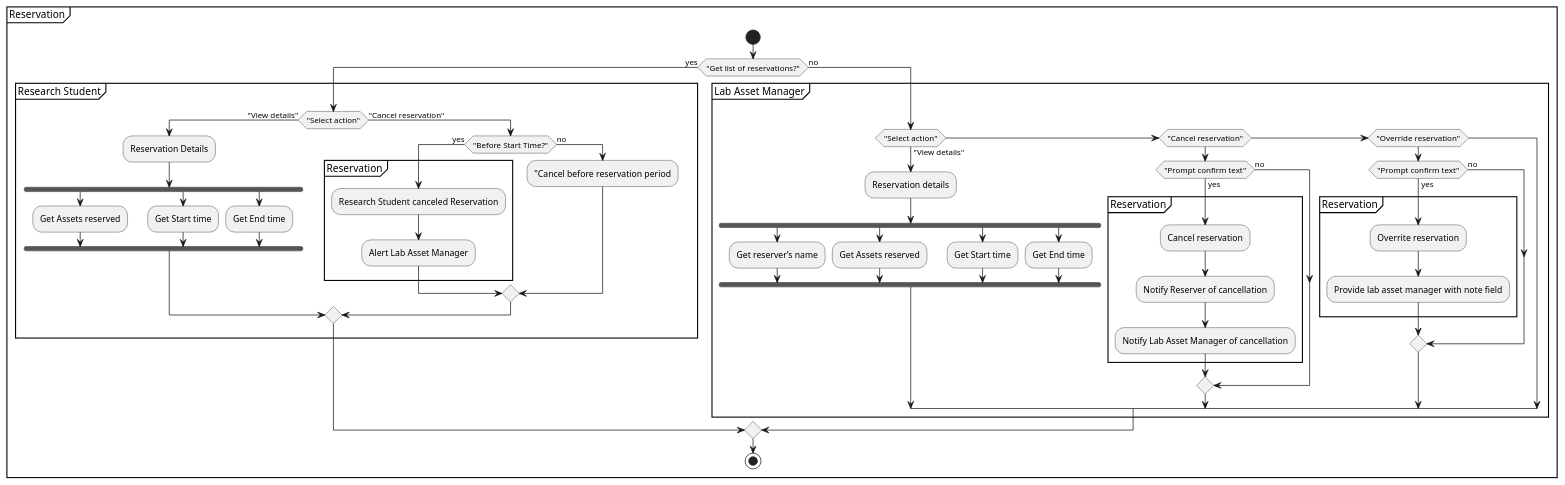
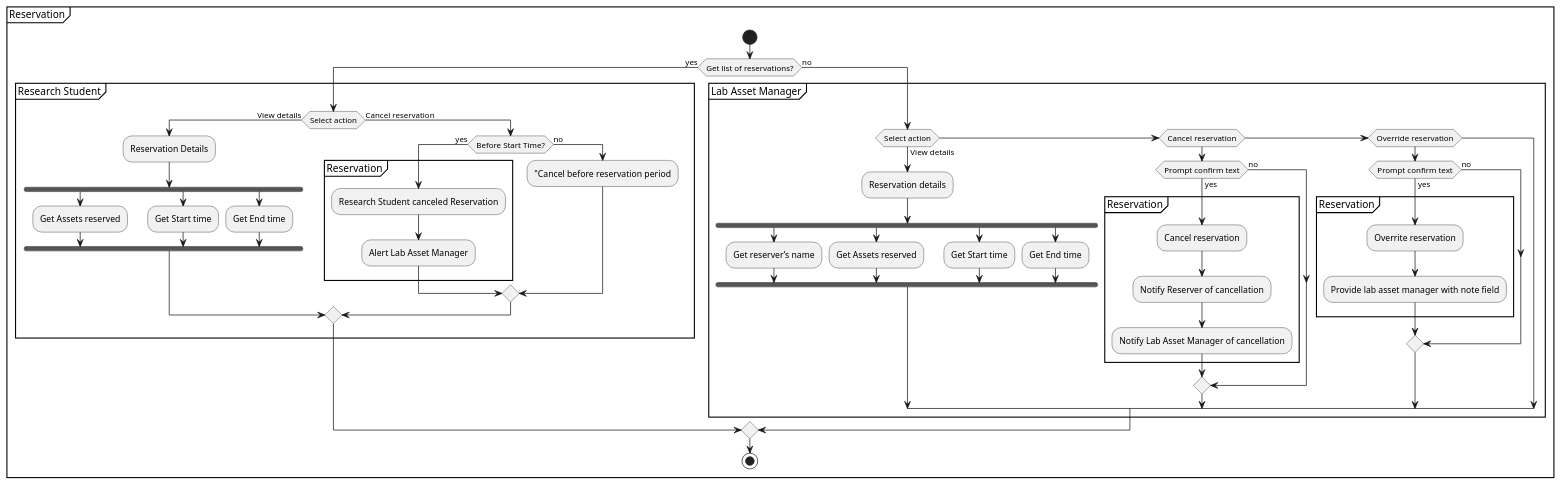
One commit to Farzaanw/Lab-Asset-Management-System changed the diagram in design/activity_diagrams/AD-06 Reservation Management.puml. Above: the diagram before and after it, drawn with PlantUML. The commit also changed other lines of this file, not shown here.

Commit message:
fixed code for diagram

```diff
--- a/design/activity_diagrams/AD-06 Reservation Management.puml
+++ b/design/activity_diagrams/AD-06 Reservation Management.puml
@@ -1,69 +1,69 @@
 @startuml
 partition Reservation {
     start
 
-    if ("Get list of reservations?") then (yes)
+    if (Get list of reservations?) then (yes)
         partition "Research Student" {
-            if ("Select action") then ("View details")
+            if (Select action) then (View details)
                 :Reservation Details;
 
                 fork
                     :Get Assets reserved;
                 fork again
                     :Get Start time;
                 fork again
                     :Get End time;
                 end fork
 
-            else ("Cancel reservation")
-                if ("Before Start Time?") then (yes)
+            else (Cancel reservation)
+                if (Before Start Time?) then (yes)
                     partition Reservation {
                         :Research Student canceled Reservation;
                         :Alert Lab Asset Manager;
                     }
                 else (no)
                     :"Cancel before reservation period;
                 endif
             endif
         }
     else (no)
         partition "Lab Asset Manager" {
-            if ("Select action") then ("View details")
+            if (Select action) then (View details)
                 :Reservation details;
 
                 fork
                     :Get reserver’s name;
                 fork again
                     :Get Assets reserved;
                 fork again
                     :Get Start time;
                 fork again
                     :Get End time;
                 end fork
 
-            elseif ("Cancel reservation")
-                if ("Prompt confirm text") then (yes)
+            elseif (Cancel reservation)
+                if (Prompt confirm text) then (yes)
                     partition Reservation {
                         :Cancel reservation;
                         :Notify Reserver of cancellation;
                         :Notify Lab Asset Manager of cancellation;
                     }
                 else (no)
                 endif
 
-            elseif ("Override reservation")
-                if ("Prompt confirm text") then (yes)
+            elseif (Override reservation)
+                if (Prompt confirm text) then (yes)
                     partition Reservation {
                         :Overrite reservation;
                         :Provide lab asset manager with note field;
                     }
                 else (no)
                 endif
 
             endif
         }
     endif
 
     stop
 }
 @enduml
```
